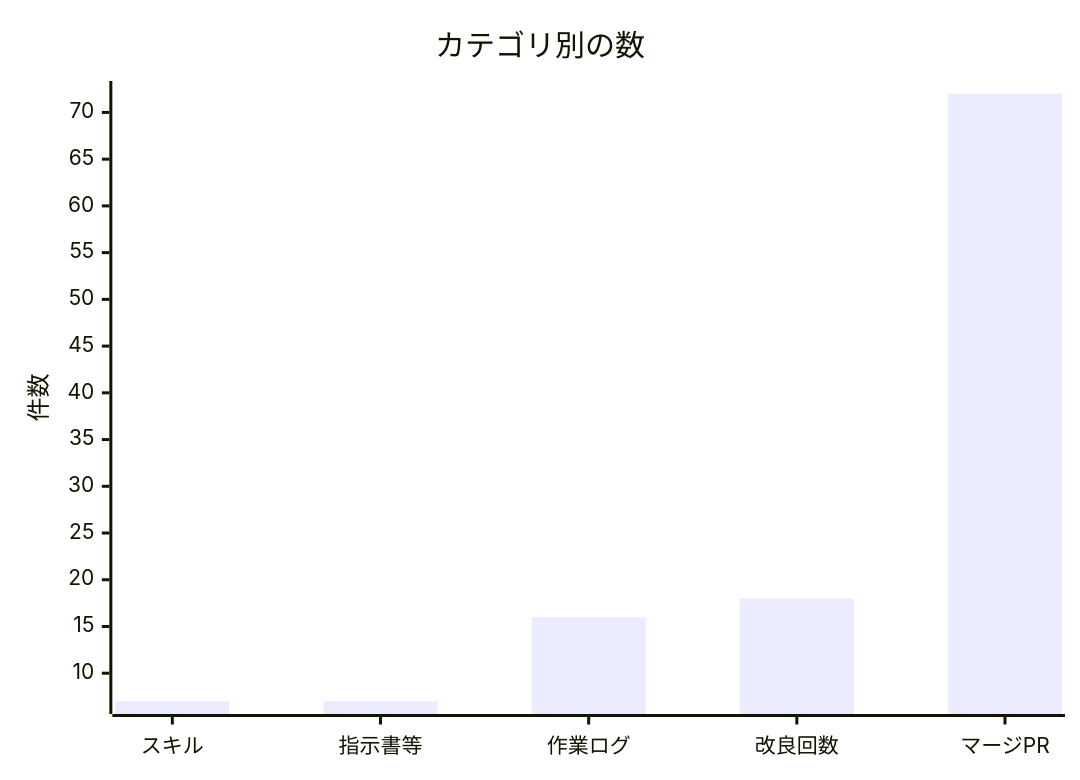
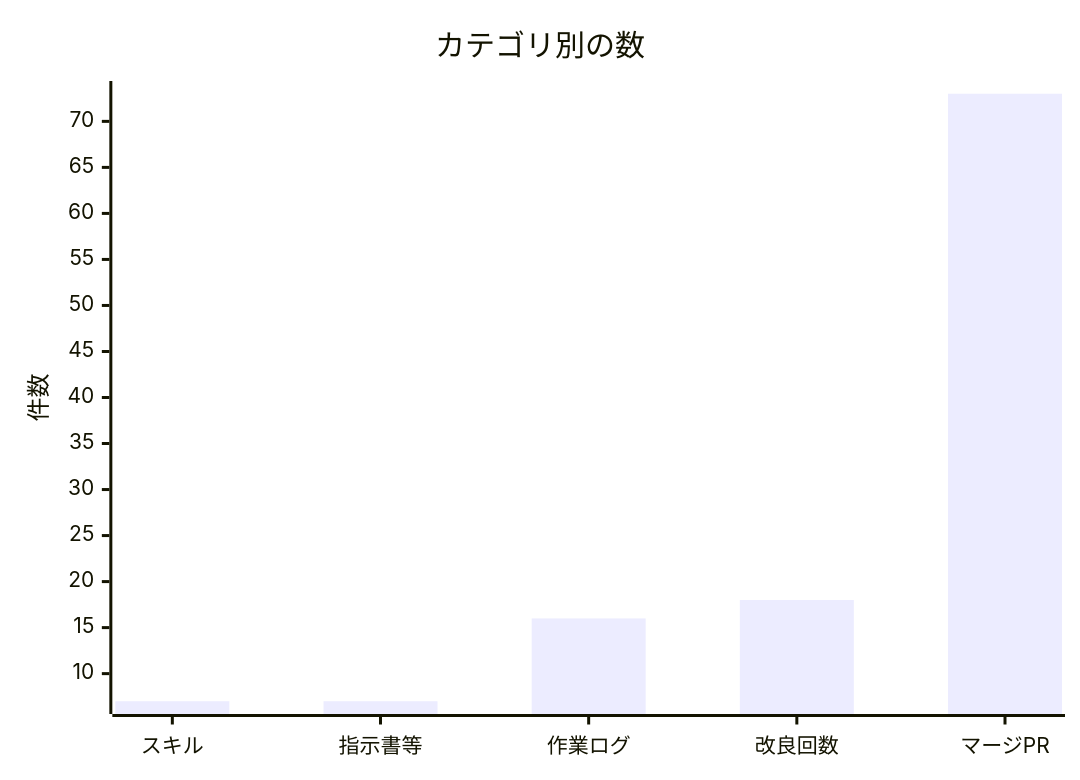
The second of 2 diagrams in docs/進化レポート.md (non-x2/non-x2), drawn with Mermaid before and after one commit. The commit also changed other lines of this file and 2 other files, not shown here.

````diff
--- a/docs/進化レポート.md
+++ b/docs/進化レポート.md
@@ -33,7 +33,7 @@
 ```mermaid
 xychart-beta
     title "カテゴリ別の数"
     x-axis ["スキル", "指示書等", "作業ログ", "改良回数", "マージPR"]
     y-axis "件数"
-    bar [7, 7, 16, 18, 72]
+    bar [7, 7, 16, 18, 73]
 ```
````
